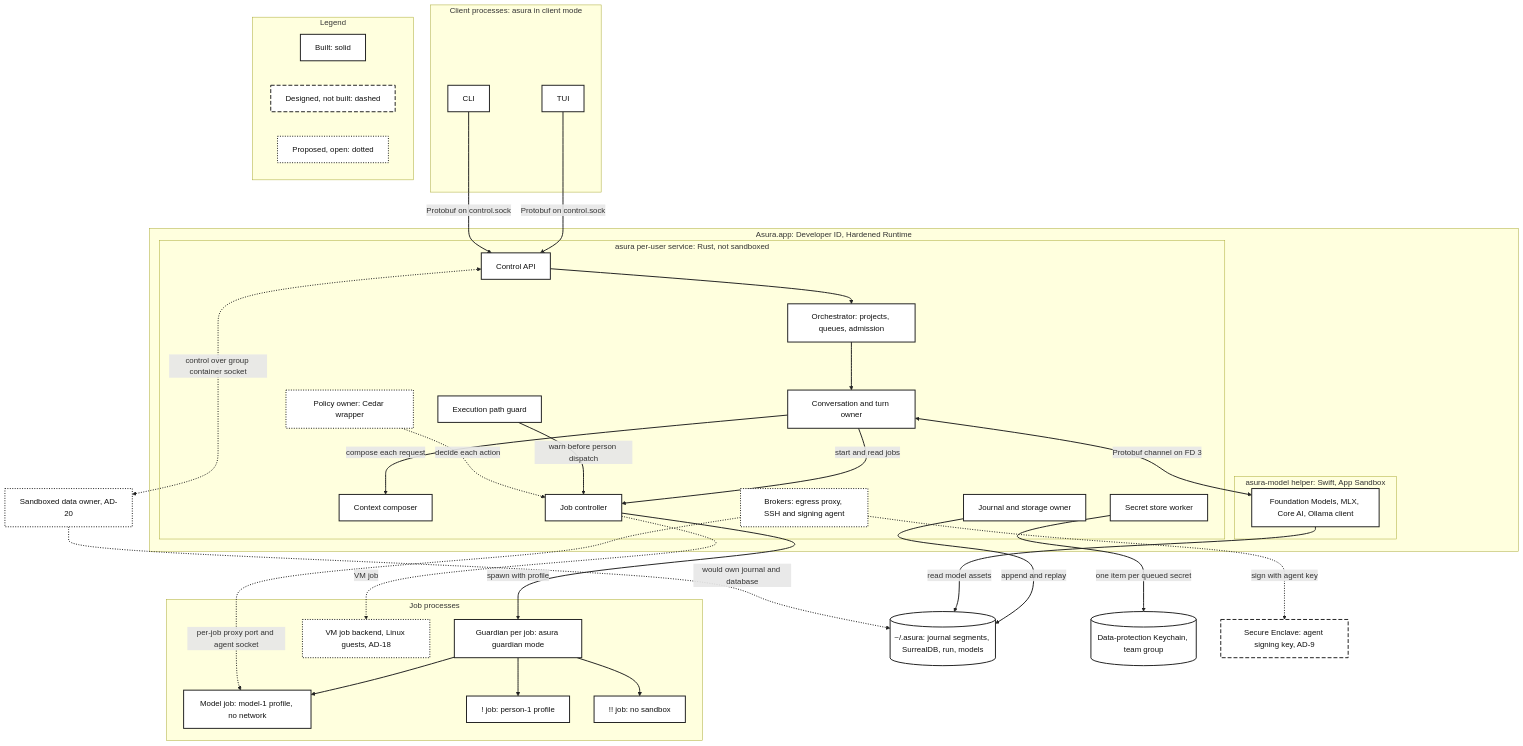
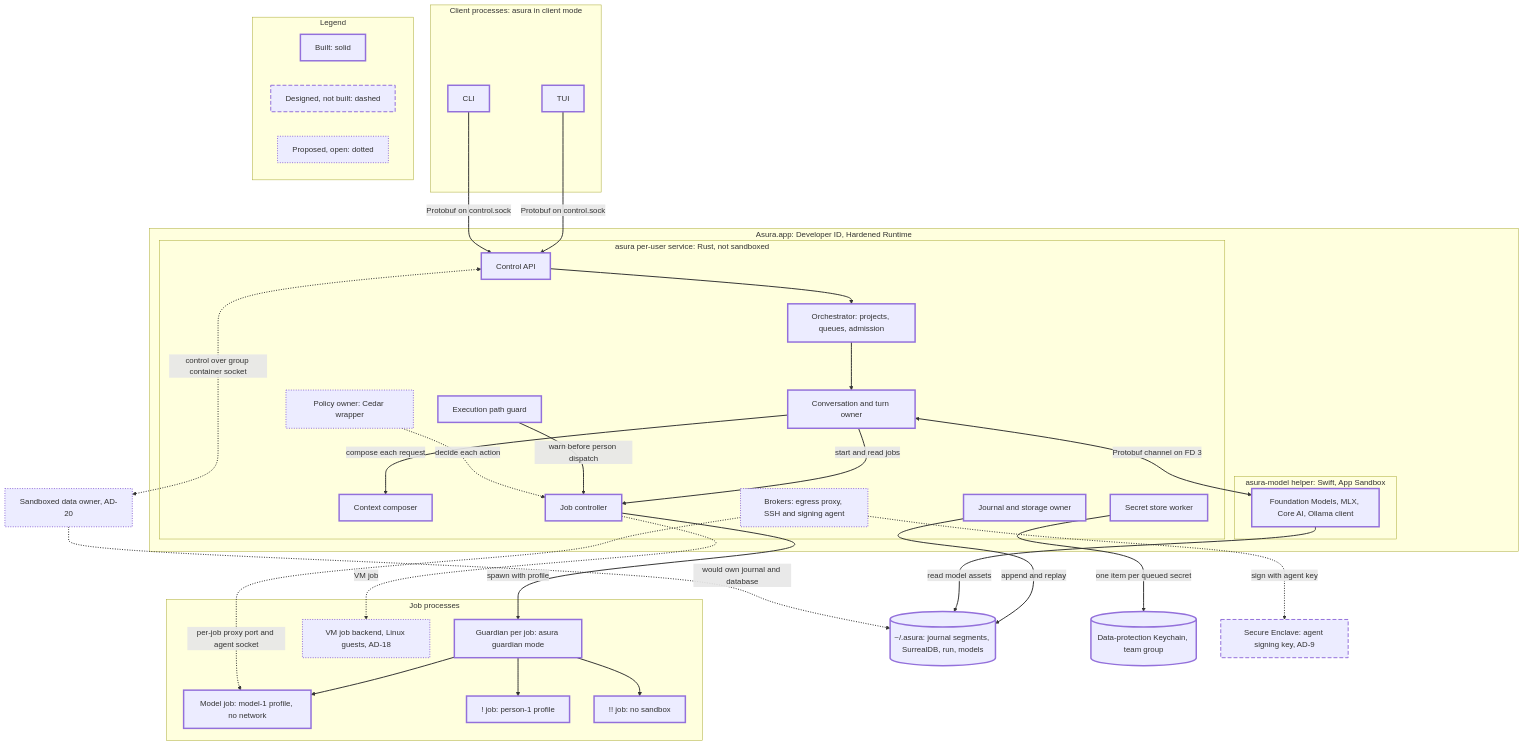
The second of 7 diagrams in docs/designs/architecture-overview.md (pidster/asura), drawn with Mermaid before and after one commit. The commit also changed other lines of this file, not shown here.

First line of the commit message:
Let the overview diagrams follow the viewer's theme: no colours set

````diff
--- a/docs/designs/architecture-overview.md
+++ b/docs/designs/architecture-overview.md
@@ -143,67 +143,67 @@
 ```mermaid
 flowchart TB
     subgraph ClientProcs["Client processes: asura in client mode"]
         TUI["TUI"]:::built
         CLI["CLI"]:::built
     end
     subgraph App["Asura.app: Developer ID, Hardened Runtime"]
         subgraph Svc["asura per-user service: Rust, not sandboxed"]
             API["Control API"]:::built
             Orch["Orchestrator: projects, queues, admission"]:::built
             Conv["Conversation and turn owner"]:::built
             CC["Context composer"]:::built
             JC["Job controller"]:::built
             PG["Execution path guard"]:::built
             SS["Secret store worker"]:::built
             Jn["Journal and storage owner"]:::built
             Pol["Policy owner: Cedar wrapper"]:::proposed
             Brk["Brokers: egress proxy, SSH and signing agent"]:::proposed
         end
         subgraph Hlp["asura-model helper: Swift, App Sandbox"]
             Inf["Foundation Models, MLX, Core AI, Ollama client"]:::built
         end
     end
     subgraph JobProcs["Job processes"]
         G["Guardian per job: asura guardian mode"]:::built
         MJ["Model job: model-1 profile, no network"]:::built
         PJ["! job: person-1 profile"]:::built
         PJJ["!! job: no sandbox"]:::built
         VM["VM job backend, Linux guests, AD-18"]:::proposed
     end
     Home[("~/.asura: journal segments, SurrealDB, run, models")]:::built
     KC[("Data-protection Keychain, team group")]:::built
     SE["Secure Enclave: agent signing key, AD-9"]:::designed
     DO["Sandboxed data owner, AD-20"]:::proposed
     TUI -->|"Protobuf on control.sock"| API
     CLI -->|"Protobuf on control.sock"| API
     API --> Orch
     Orch --> Conv
     Conv -->|"compose each request"| CC
     Conv -->|"start and read jobs"| JC
     Conv <-->|"Protobuf channel on FD 3"| Inf
     PG -->|"warn before person dispatch"| JC
     JC -->|"spawn with profile"| G
     G --> MJ
     G --> PJ
     G --> PJJ
     SS -->|"one item per queued secret"| KC
     Jn -->|"append and replay"| Home
     Inf -->|"read model assets"| Home
     Brk -->|"sign with agent key"| SE
     Pol -->|"decide each action"| JC
     Brk -->|"per-job proxy port and agent socket"| MJ
     JC -->|"VM job"| VM
     API <-->|"control over group container socket"| DO
     DO -->|"would own journal and database"| Home
     subgraph Legend["Legend"]
         direction LR
         LB["Built: solid"]:::built
         LD["Designed, not built: dashed"]:::designed
         LP["Proposed, open: dotted"]:::proposed
     end
-    classDef built fill:#ffffff,stroke:#222222,stroke-width:2px,color:#111111
-    classDef designed fill:#ffffff,stroke:#222222,stroke-width:2px,stroke-dasharray:8 4,color:#111111
-    classDef proposed fill:#ffffff,stroke:#222222,stroke-width:2px,stroke-dasharray:2 3,color:#111111
-    linkStyle 0,1,2,3,4,5,6,7,8,9,10,11,12,13,14 stroke:#222222,stroke-width:2px
-    linkStyle 15,16,17,18,19,20 stroke:#222222,stroke-width:2px,stroke-dasharray:2 3
+    classDef built stroke-width:3px
+    classDef designed stroke-width:2px,stroke-dasharray:8 4
+    classDef proposed stroke-width:2px,stroke-dasharray:2 3
+    linkStyle 0,1,2,3,4,5,6,7,8,9,10,11,12,13,14 stroke-width:2px
+    linkStyle 15,16,17,18,19,20 stroke-width:2px,stroke-dasharray:2 3
 ```
````
